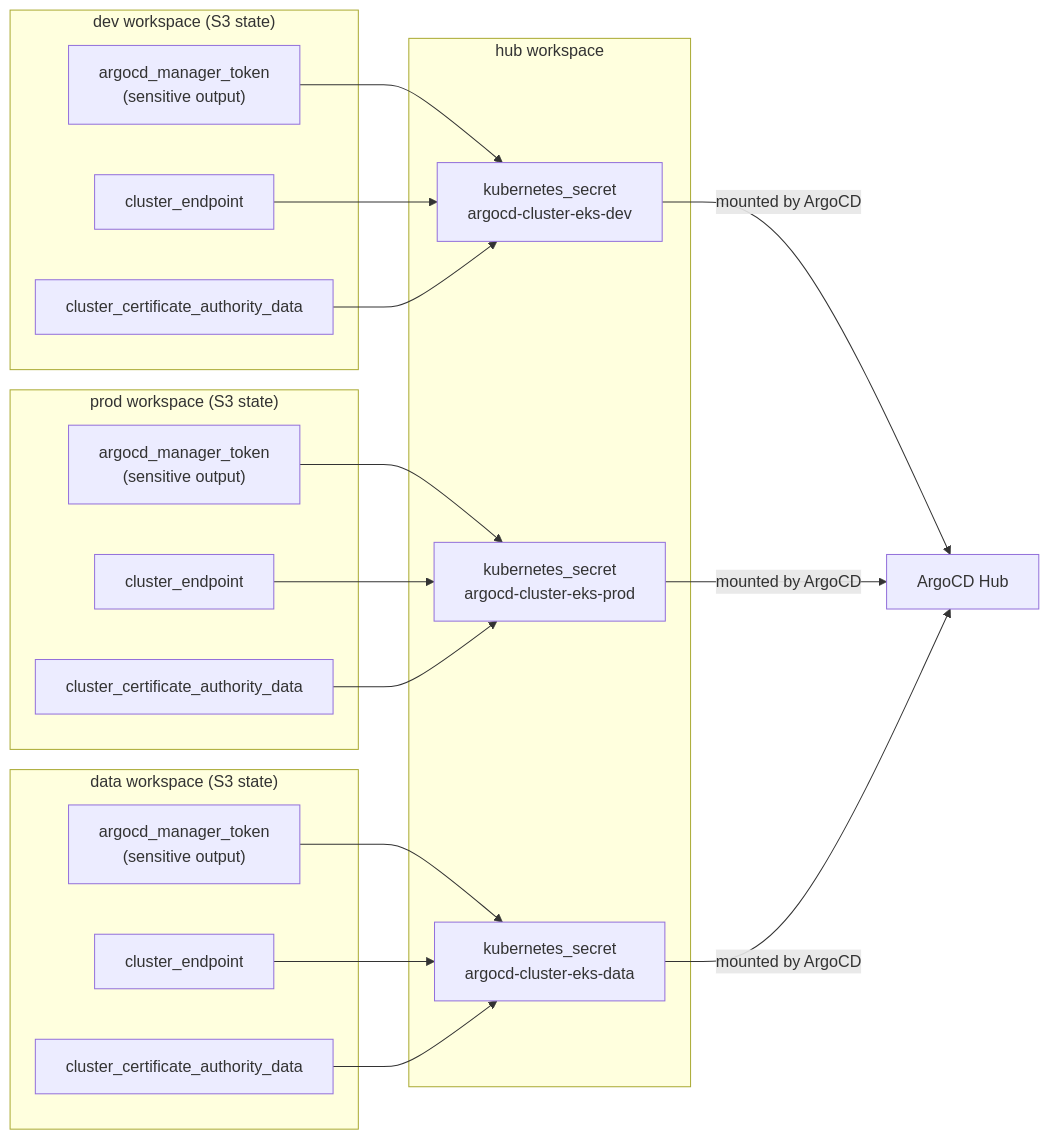
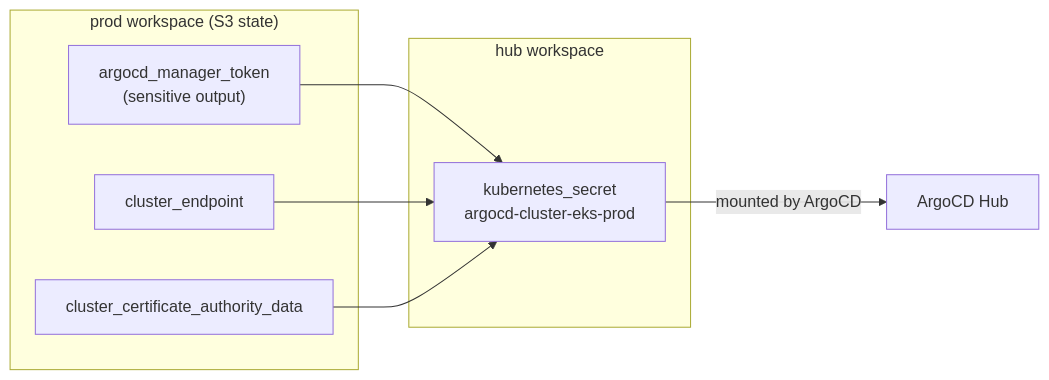
Before and after one commit to paragch/eks-hub-spoke: the seventh of 13 diagrams in docs/low-level-design.md, drawn with Mermaid. The commit also changed other lines of this file and 40 other files, not shown here.

First line of the commit message:
Remove dev and data accounts; simplify to hub + prod + prod-data

````diff
--- a/docs/low-level-design.md
+++ b/docs/low-level-design.md
@@ -326,40 +244,18 @@
 ```mermaid
 graph LR
-  subgraph dev_ws["dev workspace (S3 state)"]
-    TOK_DEV["argocd_manager_token<br/>(sensitive output)"]
-    EP_DEV["cluster_endpoint"]
-    CA_DEV["cluster_certificate_authority_data"]
-  end
-
   subgraph prod_ws["prod workspace (S3 state)"]
     TOK_PROD["argocd_manager_token<br/>(sensitive output)"]
     EP_PROD["cluster_endpoint"]
     CA_PROD["cluster_certificate_authority_data"]
   end
 
-  subgraph data_ws["data workspace (S3 state)"]
-    TOK_DATA["argocd_manager_token<br/>(sensitive output)"]
-    EP_DATA["cluster_endpoint"]
-    CA_DATA["cluster_certificate_authority_data"]
+  subgraph hub_ws["hub workspace"]
+    SEC_PROD["kubernetes_secret<br/>argocd-cluster-eks-prod"]
   end
 
-  subgraph hub_ws["hub workspace"]
-    SEC_DEV["kubernetes_secret<br/>argocd-cluster-eks-dev"]
-    SEC_PROD["kubernetes_secret<br/>argocd-cluster-eks-prod"]
-    SEC_DATA["kubernetes_secret<br/>argocd-cluster-eks-data"]
-  end
-
-  TOK_DEV  --> SEC_DEV
-  EP_DEV   --> SEC_DEV
-  CA_DEV   --> SEC_DEV
   TOK_PROD --> SEC_PROD
   EP_PROD  --> SEC_PROD
   CA_PROD  --> SEC_PROD
-  TOK_DATA --> SEC_DATA
-  EP_DATA  --> SEC_DATA
-  CA_DATA  --> SEC_DATA
 
-  SEC_DEV  -->|mounted by ArgoCD| ARGOCD["ArgoCD Hub"]
-  SEC_PROD -->|mounted by ArgoCD| ARGOCD
-  SEC_DATA -->|mounted by ArgoCD| ARGOCD
+  SEC_PROD -->|mounted by ArgoCD| ARGOCD["ArgoCD Hub"]
 ```
````
